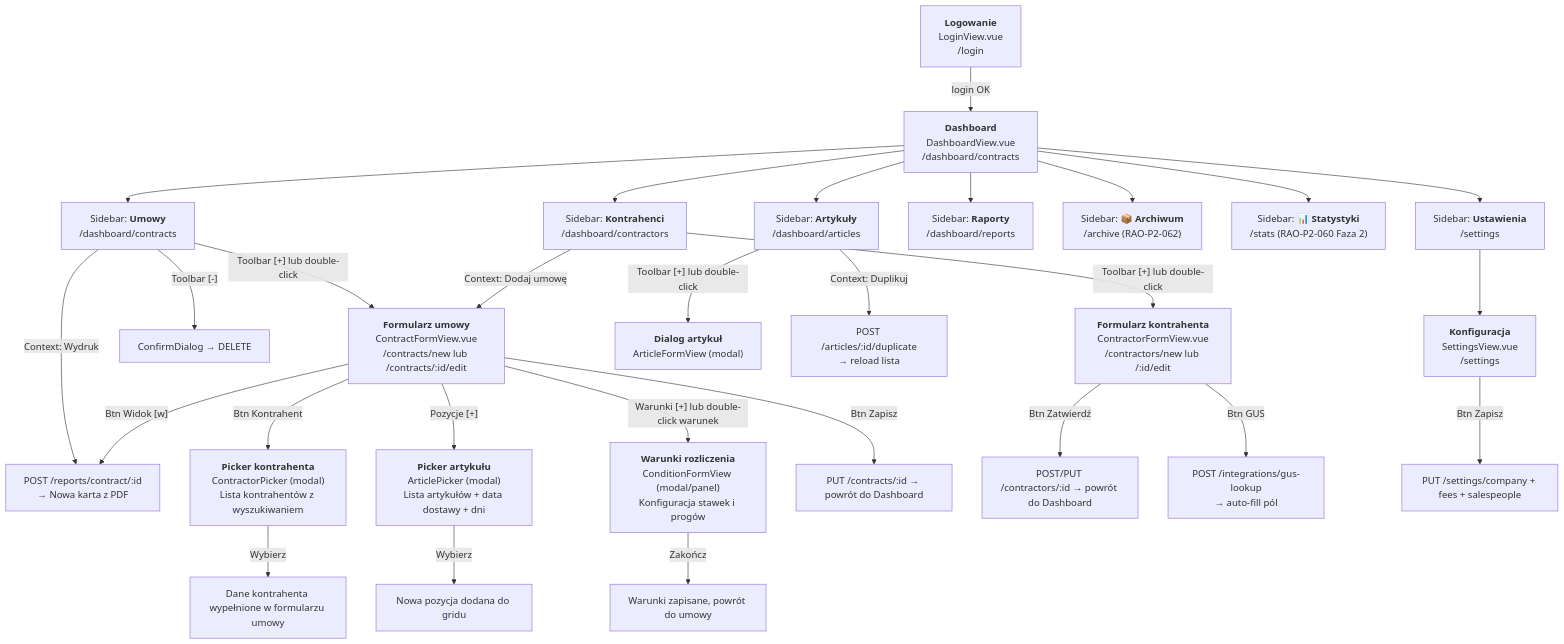
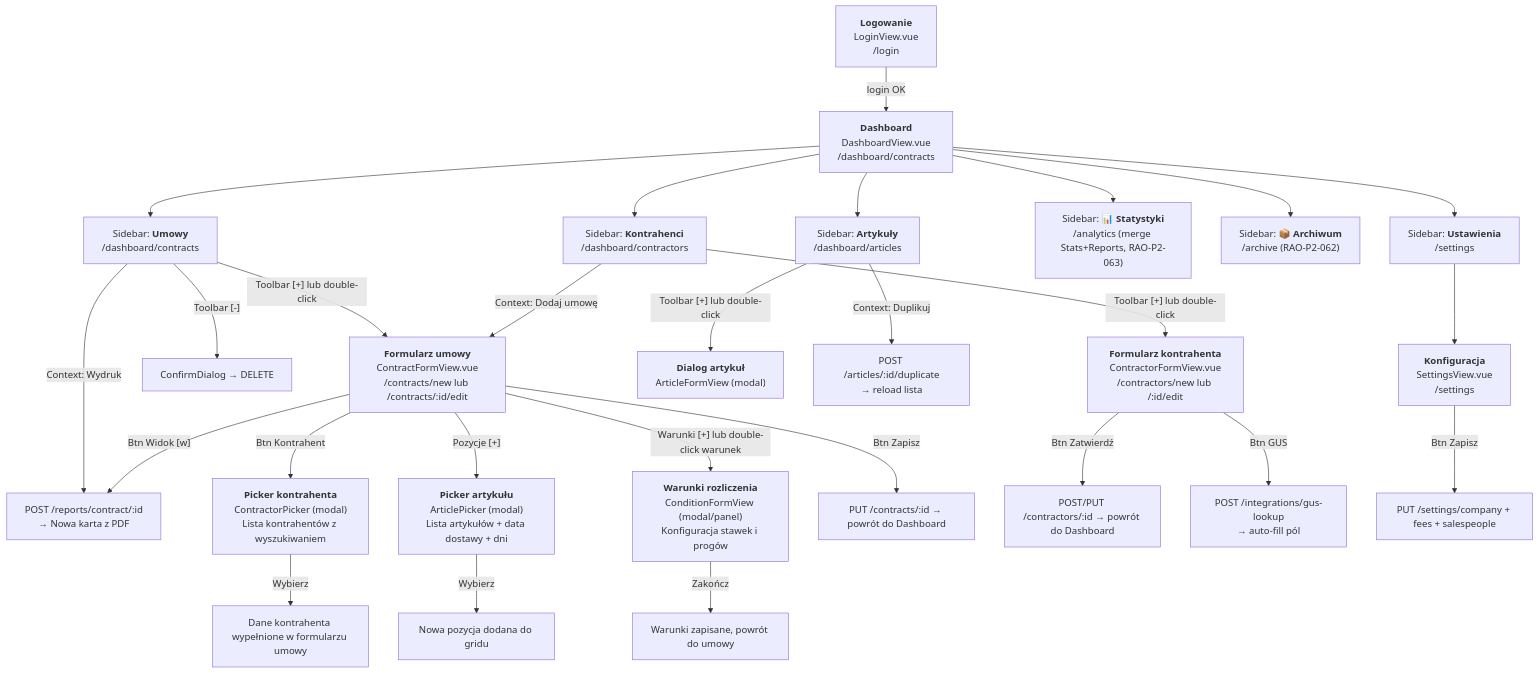
One commit to matsnd/RaoApp changed the diagram in spec/core/06_navigation_flow.md. Above: the diagram before and after it, drawn with Mermaid. The commit also changed other lines of this file and 11 other files, not shown here.

First line of the commit message:
feat(analytics): merge Statystyki + Raporty → AnalyticsView (RAO-P2-063)

````diff
--- a/spec/core/06_navigation_flow.md
+++ b/spec/core/06_navigation_flow.md
@@ -8,38 +8,37 @@
 ```mermaid
 graph TD
     A["<b>Logowanie</b><br/>LoginView.vue<br/>/login"] -->|login OK| B["<b>Dashboard</b><br/>DashboardView.vue<br/>/dashboard/contracts"]
 
     B --> B1["Sidebar: <b>Umowy</b><br/>/dashboard/contracts"]
     B --> B2["Sidebar: <b>Kontrahenci</b><br/>/dashboard/contractors"]
     B --> B3["Sidebar: <b>Artykuły</b><br/>/dashboard/articles"]
-    B --> B4["Sidebar: <b>Raporty</b><br/>/dashboard/reports"]
+    B --> B7["Sidebar: <b>📊 Statystyki</b><br/>/analytics (merge Stats+Reports, RAO-P2-063)"]
     B --> B6["Sidebar: <b>📦 Archiwum</b><br/>/archive (RAO-P2-062)"]
-    B --> B7["Sidebar: <b>📊 Statystyki</b><br/>/stats (RAO-P2-060 Faza 2)"]
     B --> B5["Sidebar: <b>Ustawienia</b><br/>/settings"]
 
     B1 -->|"Toolbar [+] lub double-click"| C["<b>Formularz umowy</b><br/>ContractFormView.vue<br/>/contracts/new lub /contracts/:id/edit"]
     B1 -->|"Toolbar [-]"| D["ConfirmDialog → DELETE"]
     B1 -->|"Context: Wydruk"| E["POST /reports/contract/:id<br/>→ Nowa karta z PDF"]
 
     B2 -->|"Toolbar [+] lub double-click"| F["<b>Formularz kontrahenta</b><br/>ContractorFormView.vue<br/>/contractors/new lub /:id/edit"]
     B2 -->|"Context: Dodaj umowę"| C
 
     B3 -->|"Toolbar [+] lub double-click"| G["<b>Dialog artykuł</b><br/>ArticleFormView (modal)"]
     B3 -->|"Context: Duplikuj"| H["POST /articles/:id/duplicate<br/>→ reload lista"]
 
     C -->|"Btn Kontrahent"| I["<b>Picker kontrahenta</b><br/>ContractorPicker (modal)<br/>Lista kontrahentów z wyszukiwaniem"]
     C -->|"Pozycje [+]"| J["<b>Picker artykułu</b><br/>ArticlePicker (modal)<br/>Lista artykułów + data dostawy + dni"]
     C -->|"Warunki [+] lub double-click warunek"| K["<b>Warunki rozliczenia</b><br/>ConditionFormView (modal/panel)<br/>Konfiguracja stawek i progów"]
     C -->|"Btn Widok [w]"| E
     C -->|"Btn Zapisz"| L["PUT /contracts/:id → powrót do Dashboard"]
 
     I -->|Wybierz| M["Dane kontrahenta wypełnione w formularzu umowy"]
     J -->|Wybierz| N["Nowa pozycja dodana do gridu"]
     K -->|Zakończ| O["Warunki zapisane, powrót do umowy"]
 
     F -->|"Btn Zatwierdź"| P["POST/PUT /contractors/:id → powrót do Dashboard"]
     F -->|"Btn GUS"| Q["POST /integrations/gus-lookup<br/>→ auto-fill pól"]
 
     B5 --> R["<b>Konfiguracja</b><br/>SettingsView.vue<br/>/settings"]
     R -->|"Btn Zapisz"| S["PUT /settings/company + fees + salespeople"]
 ```
````
